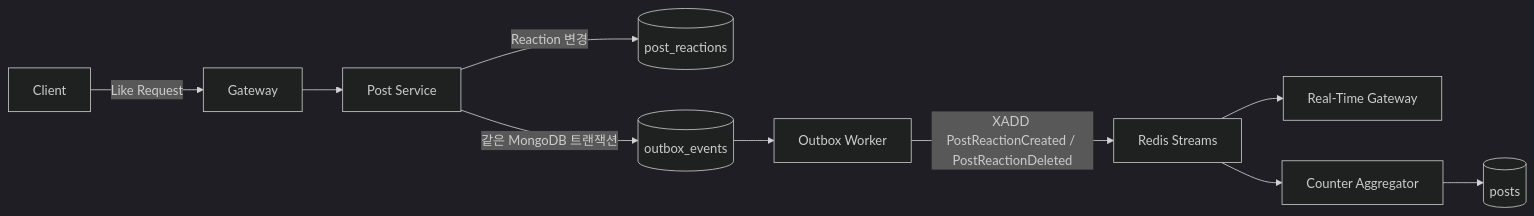
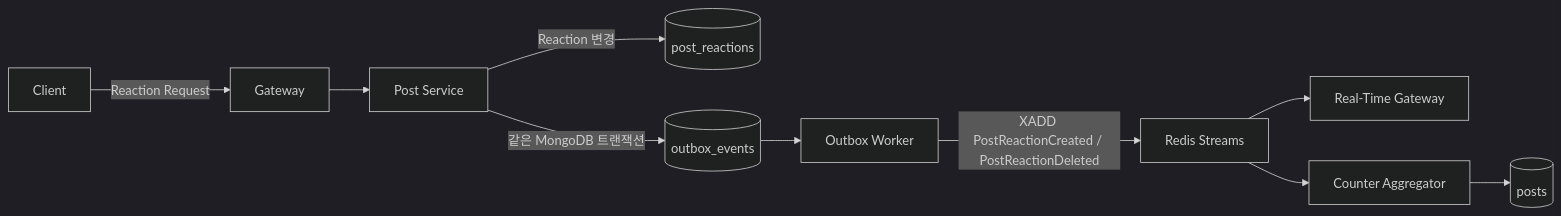
Before and after one commit to WGO-What-s-Going-On/Backend: the ninth of 15 diagrams in services/post-service/PostService_Architecture.md, drawn with Mermaid (dark theme). The commit also changed other lines of this file and 16 other files, not shown here.

````diff
--- a/services/post-service/PostService_Architecture.md
+++ b/services/post-service/PostService_Architecture.md
@@ -649,34 +649,34 @@
 ```mermaid
 flowchart LR
 
     C[Client]
 
     G[Gateway]
 
     P[Post Service]
 
     R[(post_reactions)]
 
     O[(outbox_events)]
     W[Outbox Worker]
     K[Redis Streams]
 
     RT[Real-Time Gateway]
 
     AGG[Counter Aggregator]
 
-    C -->|Like Request| G
+    C -->|Reaction Request| G
 
     G --> P
 
     P -->|Reaction 변경| R
     P -->|같은 MongoDB 트랜잭션| O
     O --> W
     W -->|XADD PostReactionCreated / PostReactionDeleted| K
 
     K --> RT
 
     K --> AGG
 
     AGG --> POSTS[(posts)]
 ```
````
